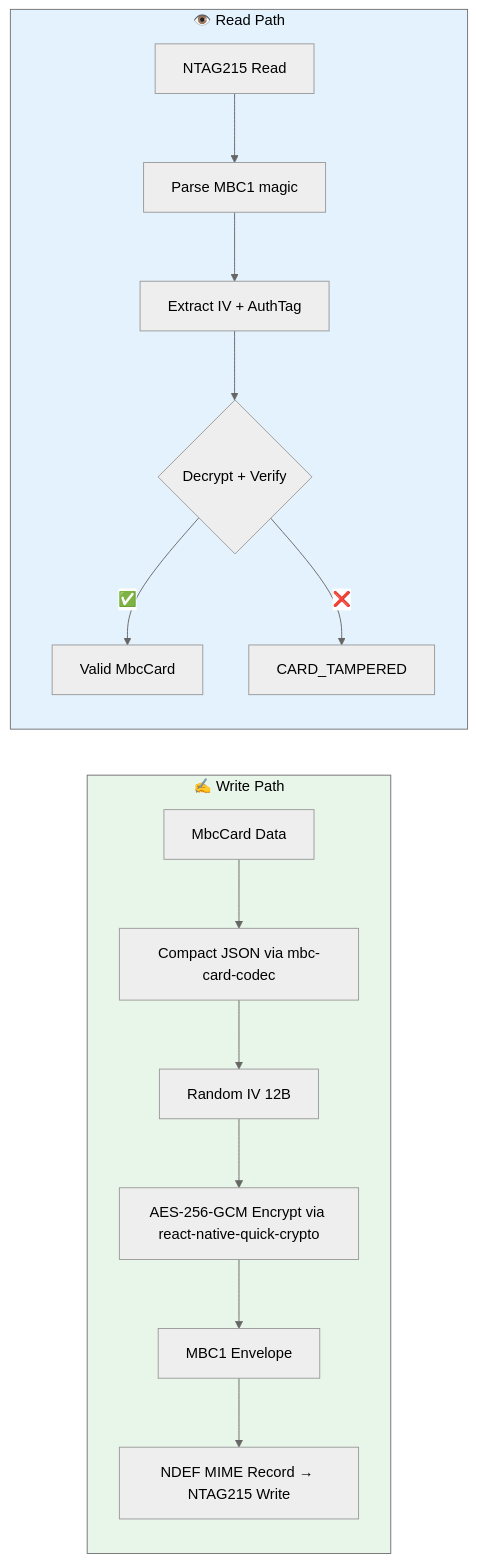
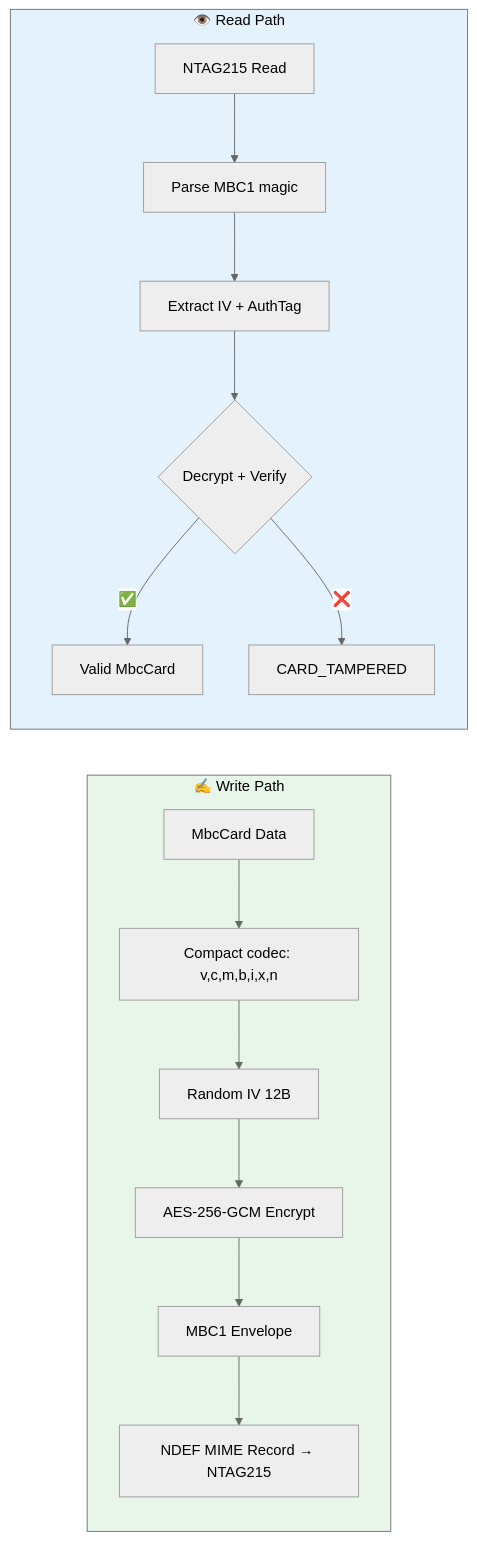
Before and after one commit to Schitzos/mbc-nfc: diagram 11 of 16 in docs/PRESENTATION.md, drawn with Mermaid (neutral theme). The commit also changed other lines of this file and 1 other file, not shown here.

````diff
--- a/docs/PRESENTATION.md
+++ b/docs/PRESENTATION.md
@@ -470,23 +507,23 @@
 ```mermaid
 flowchart LR
     subgraph Write["✍️ Write Path"]
         direction TB
-        W1[MbcCard Data] --> W2[Compact JSON via mbc-card-codec]
+        W1[MbcCard Data] --> W2[Compact codec: v,c,m,b,i,x,n]
         W2 --> W3[Random IV 12B]
-        W3 --> W4[AES-256-GCM Encrypt via react-native-quick-crypto]
+        W3 --> W4[AES-256-GCM Encrypt]
         W4 --> W5[MBC1 Envelope]
-        W5 --> W6[NDEF MIME Record → NTAG215 Write]
+        W5 --> W6[NDEF MIME Record → NTAG215]
     end
 
     subgraph Read["👁️ Read Path"]
         direction TB
         R1[NTAG215 Read] --> R2[Parse MBC1 magic]
         R2 --> R3[Extract IV + AuthTag]
         R3 --> R4{Decrypt + Verify}
         R4 -->|✅| R5[Valid MbcCard]
         R4 -->|❌| R6[CARD_TAMPERED]
     end
 
     style Write fill:#E8F5E9,color:#000
     style Read fill:#E3F2FD,color:#000
 ```
````
